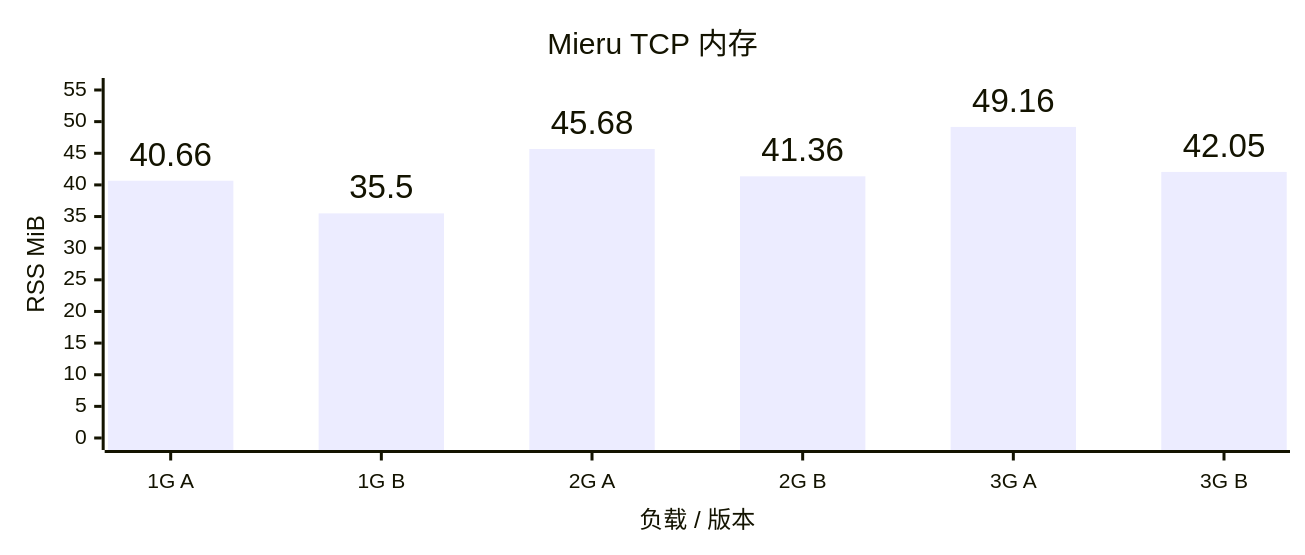
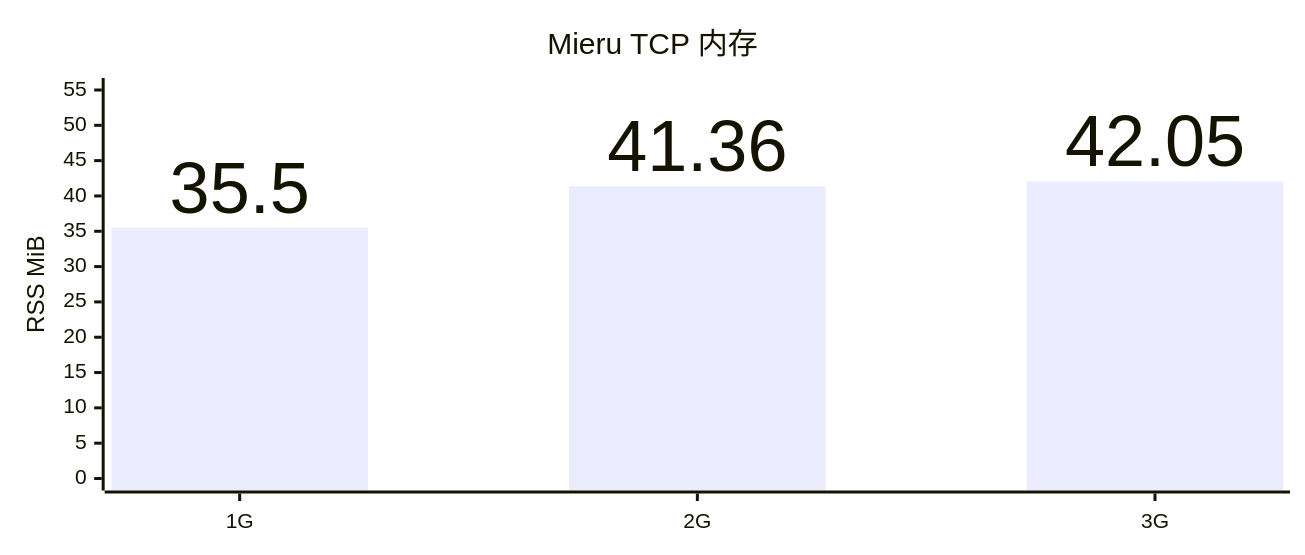
Before and after one commit to YuanDevTeam/Vole: diagram 17 of 18 in docs/benchmark.md, drawn with Mermaid. The commit also changed other lines of this file and 14 other files, not shown here.

````diff
--- a/docs/benchmark.md
+++ b/docs/benchmark.md
@@ -325,15 +325,15 @@
 ```mermaid
 ---
 config:
   xyChart:
     width: 850
     height: 350
     showDataLabel: true
     showDataLabelOutsideBar: true
 ---
 xychart
     title "Mieru TCP 内存"
-    x-axis "负载 / 版本" ["1G A", "1G B", "2G A", "2G B", "3G A", "3G B"]
+    x-axis ["1G", "2G", "3G"]
     y-axis "RSS MiB" 0 --> 55
-    bar [40.66, 35.5, 45.68, 41.36, 49.16, 42.05]
+    bar [35.5, 41.36, 42.05]
 ```
````
